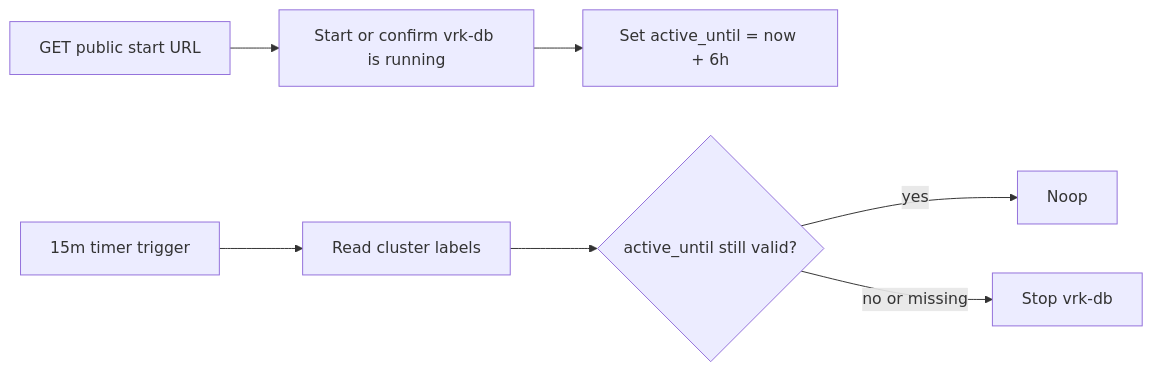
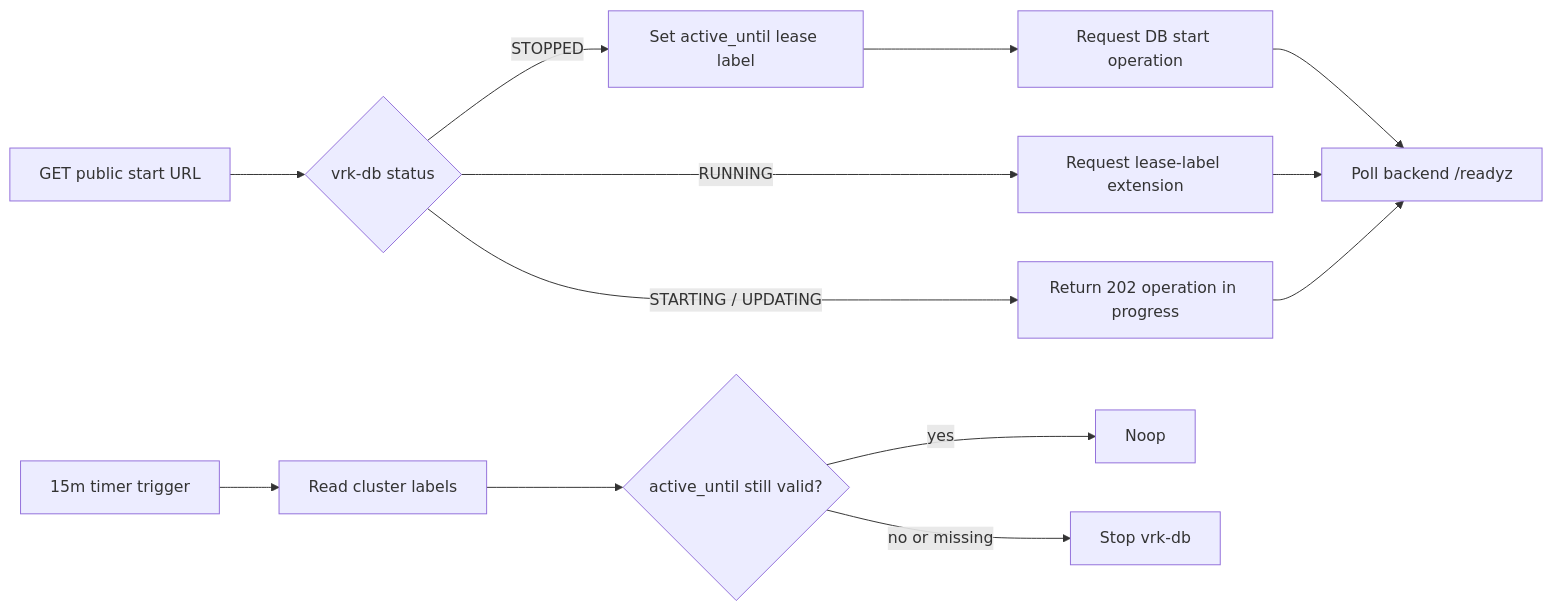
One commit to vrk-app/vrk changed the diagram in docs/operations/yandex-cloud-vrk-db-control.md. Above: the diagram before and after it, drawn with Mermaid. The commit also changed other lines of this file and 5 other files, not shown here.

Commit message:
fix: unblock DB start and backend readiness

````diff
--- a/docs/operations/yandex-cloud-vrk-db-control.md
+++ b/docs/operations/yandex-cloud-vrk-db-control.md
@@ -34,9 +51,16 @@
 ```mermaid
 flowchart LR
-    A["GET public start URL"] --> B["Start or confirm vrk-db is running"]
-    B --> C["Set active_until = now + 6h"]
-    D["15m timer trigger"] --> E["Read cluster labels"]
-    E --> F{"active_until still valid?"}
-    F -->|yes| G["Noop"]
-    F -->|no or missing| H["Stop vrk-db"]
+    StartUrl["GET public start URL"] --> DbStatus{"vrk-db status"}
+    DbStatus -->|STOPPED| Lease["Set active_until lease label"]
+    Lease --> StartOp["Request DB start operation"]
+    DbStatus -->|RUNNING| Extend["Request lease-label extension"]
+    DbStatus -->|STARTING / UPDATING| InProgress["Return 202 operation in progress"]
+    StartOp --> ReadyPoll["Poll backend /readyz"]
+    Extend --> ReadyPoll
+    InProgress --> ReadyPoll
+
+    Timer["15m timer trigger"] --> ReadLabels["Read cluster labels"]
+    ReadLabels --> LeaseValid{"active_until still valid?"}
+    LeaseValid -->|yes| Noop["Noop"]
+    LeaseValid -->|no or missing| StopDb["Stop vrk-db"]
 ```
````
